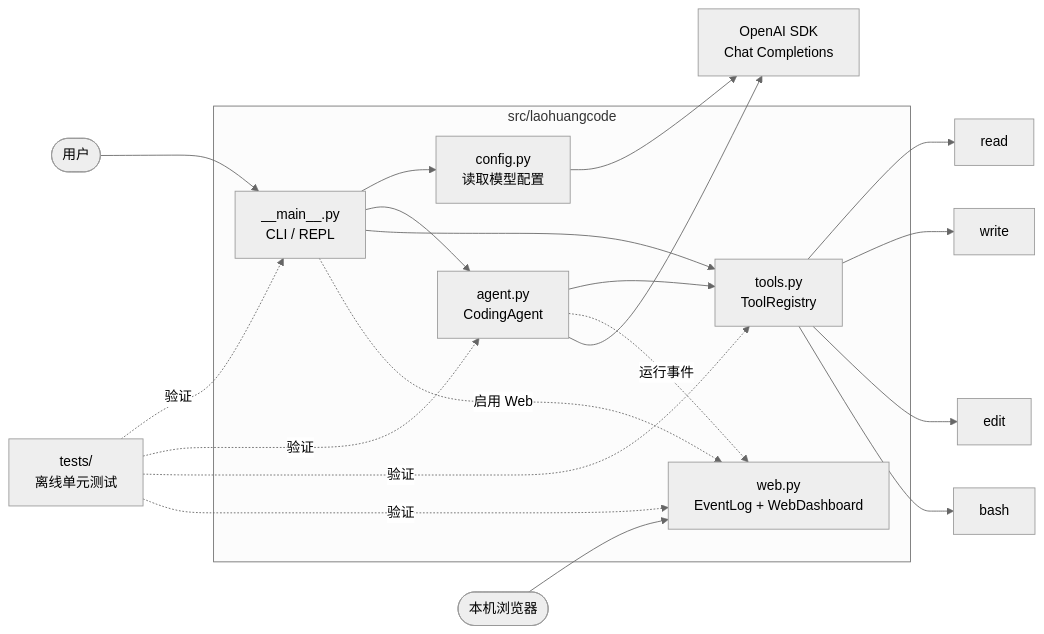
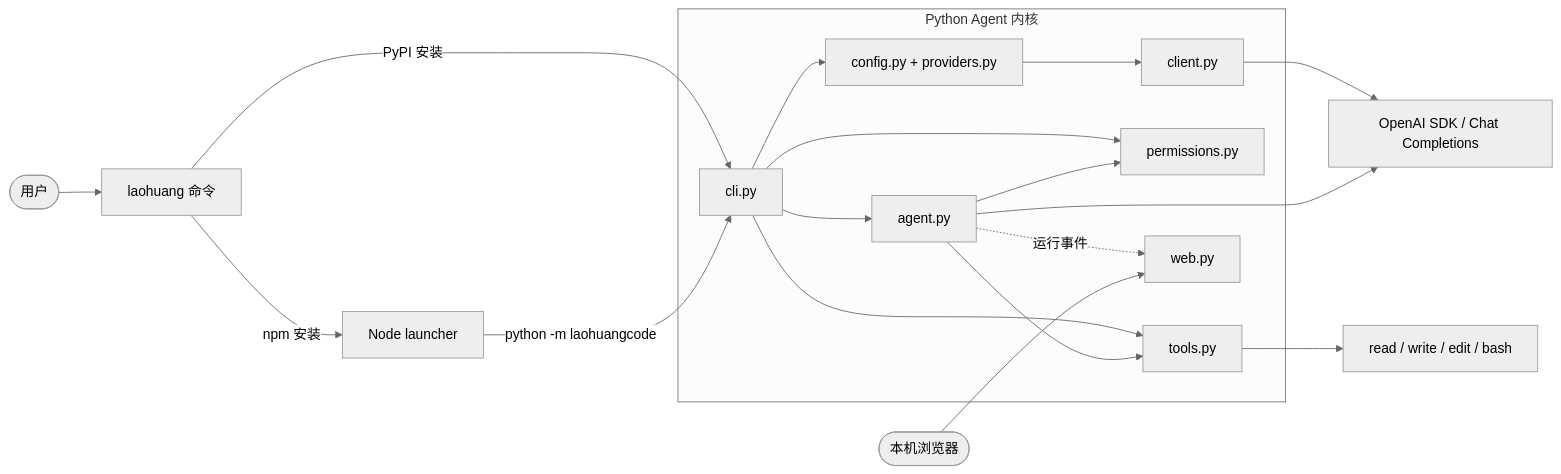
Before and after one commit to hxr223/laoHuangCode: the first of 2 diagrams in docs/architecture.md, drawn with Mermaid (neutral theme). The commit also changed other lines of this file and 41 other files, not shown here.

Commit message:
feat: add configurable models and npm launcher

````diff
--- a/docs/architecture.md
+++ b/docs/architecture.md
@@ -7,27 +48,23 @@
 ```mermaid
 flowchart LR
-    User([用户]) --> CLI["__main__.py<br/>CLI / REPL"]
+    User([用户]) --> Entry["laohuang 命令"]
+    Entry -->|PyPI 安装| CLI["cli.py"]
+    Entry -->|npm 安装| Launcher["Node launcher"]
+    Launcher -->|python -m laohuangcode| CLI
 
-    subgraph Core["src/laohuangcode"]
-        CLI --> Config["config.py<br/>读取模型配置"]
-        CLI --> Agent["agent.py<br/>CodingAgent"]
-        CLI --> Registry["tools.py<br/>ToolRegistry"]
-        CLI -.启用 Web.-> Web["web.py<br/>EventLog + WebDashboard"]
+    subgraph Core["Python Agent 内核"]
+        CLI --> Profiles["config.py + providers.py"]
+        Profiles --> Client["client.py"]
+        CLI --> Agent["agent.py"]
+        CLI --> Gate["permissions.py"]
+        CLI --> Registry["tools.py"]
+        Agent --> Gate
         Agent --> Registry
-        Agent -.运行事件.-> Web
+        Agent -.运行事件.-> Web["web.py"]
     end
 
-    Config --> SDK["OpenAI SDK<br/>Chat Completions"]
+    Client --> SDK["OpenAI SDK / Chat Completions"]
     Agent --> SDK
-
-    Registry --> Read[read]
-    Registry --> Write[write]
-    Registry --> Edit[edit]
-    Registry --> Bash[bash]
+    Registry --> Tools["read / write / edit / bash"]
     Browser([本机浏览器]) --> Web
-
-    Tests["tests/<br/>离线单元测试"] -.验证.-> CLI
-    Tests -.验证.-> Agent
-    Tests -.验证.-> Registry
-    Tests -.验证.-> Web
 ```
````
